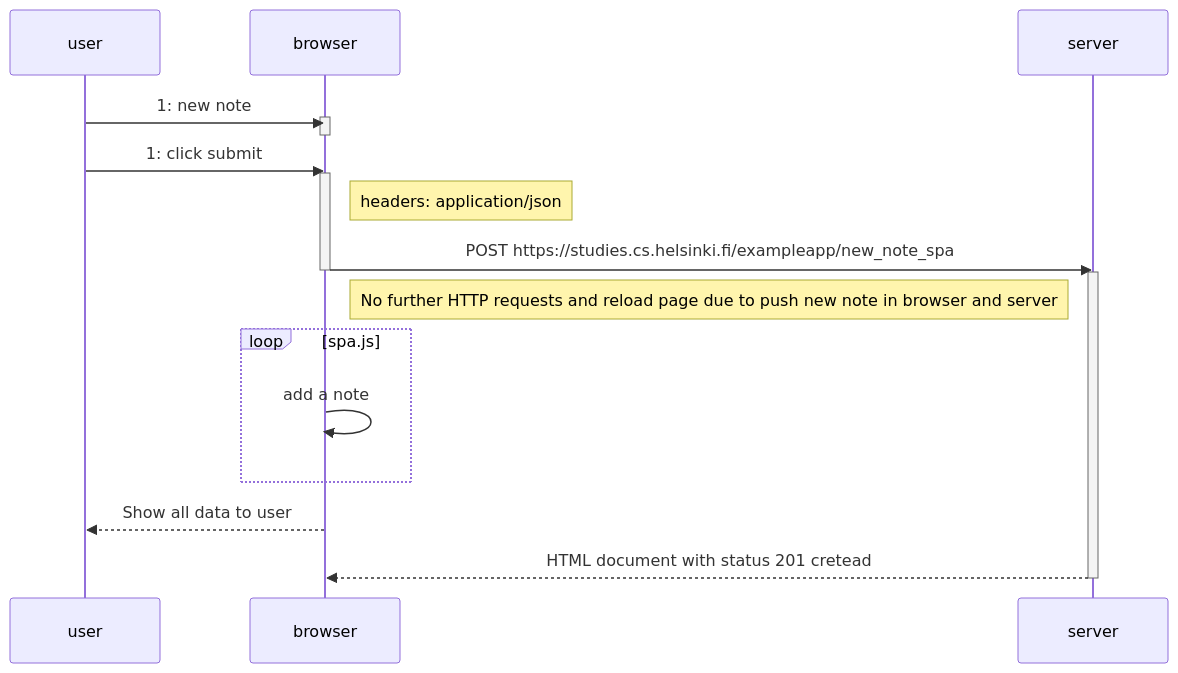
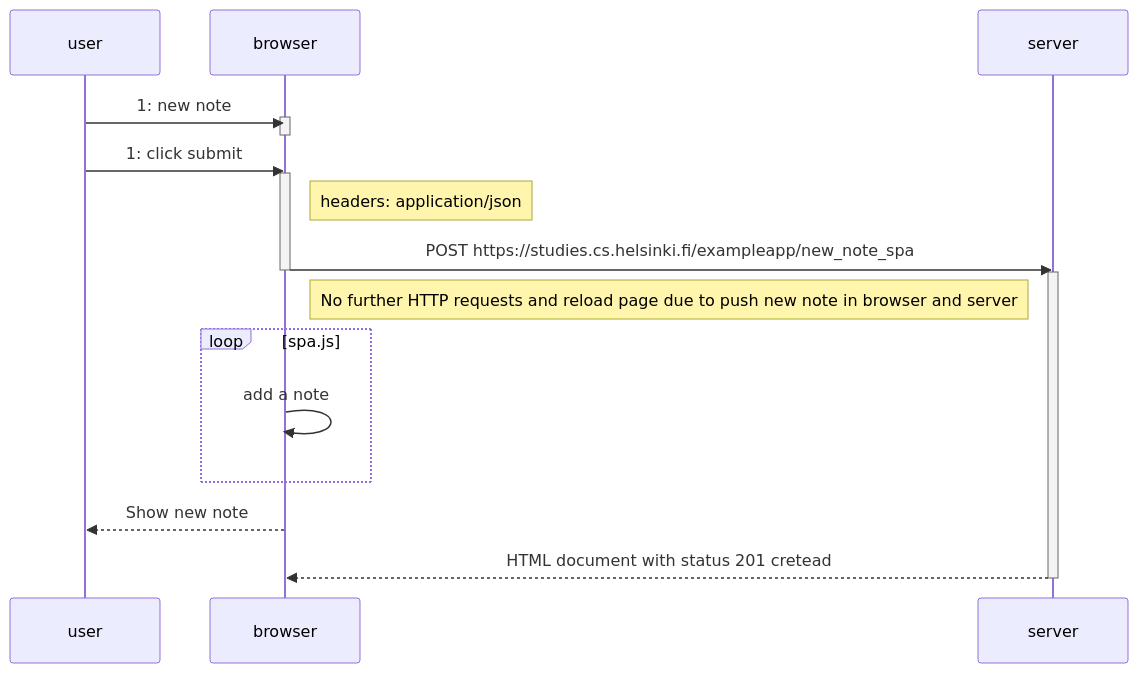
One commit to ErickEpnf18/Full-Stack changed the diagram in part0/6_spa_new_note_diagram.MD. Above: the diagram before and after it, drawn with Mermaid.

Commit message:
add a spa_new_note_diagram

````diff
--- a/part0/6_spa_new_note_diagram.MD
+++ b/part0/6_spa_new_note_diagram.MD
@@ -1,25 +1,25 @@
 ```mermaid
 sequenceDiagram
     participant user
     participant browser
     participant server
     
     user->>browser: 1: new note 
     activate browser
     deactivate browser
     user->>browser: 1: click submit
     activate browser
 
     Note right of browser: headers: application/json 
     browser->>server: POST https://studies.cs.helsinki.fi/exampleapp/new_note_spa
     deactivate browser
     activate server
     Note right of browser: No further HTTP requests and reload page due to push new note in browser and server
     loop spa.js
     browser->>browser: add a note
     end
-    browser-->>user: Show all data to user
+    browser-->>user: Show new note
     server-->>browser: HTML document with status 201 cretead
     deactivate server
 
 ```
````
